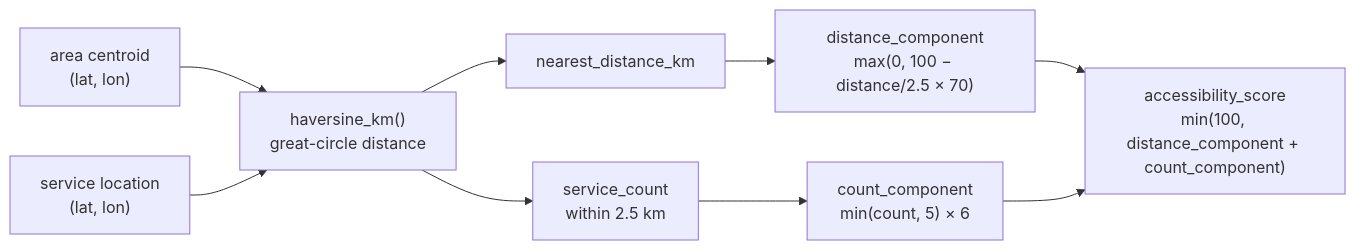
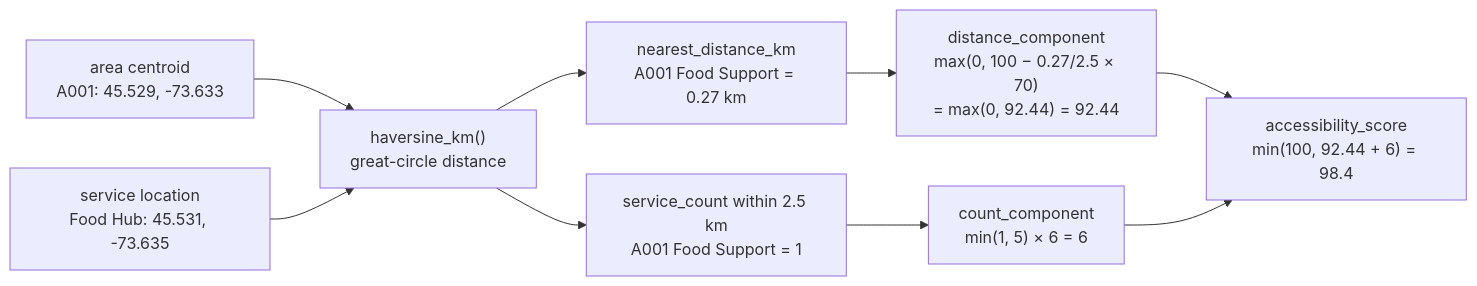
Before and after one commit to frondyff/comm_need_radar: the third of 8 diagrams in docs/scoring-metrics-guide.md, drawn with Mermaid. The commit also changed other lines of this file and 5 other files, not shown here.

````diff
--- a/docs/scoring-metrics-guide.md
+++ b/docs/scoring-metrics-guide.md
@@ -93,12 +139,12 @@
 ```mermaid
 flowchart LR
-    A["area centroid\n(lat, lon)"] --> HAV["haversine_km()\ngreat-circle distance"]
-    S["service location\n(lat, lon)"] --> HAV
-    HAV --> D["nearest_distance_km"]
-    HAV --> C["service_count\nwithin 2.5 km"]
+    A["area centroid\nA001: 45.529, -73.633"] --> HAV["haversine_km()\ngreat-circle distance"]
+    S["service location\nFood Hub: 45.531, -73.635"] --> HAV
+    HAV --> D["nearest_distance_km\nA001 Food Support = 0.27 km"]
+    HAV --> C["service_count within 2.5 km\nA001 Food Support = 1"]
 
-    D --> DC["distance_component\nmax(0, 100 − distance/2.5 × 70)"]
-    C --> CC["count_component\nmin(count, 5) × 6"]
-    DC --> AS["accessibility_score\nmin(100, distance_component + count_component)"]
+    D --> DC["distance_component\nmax(0, 100 − 0.27/2.5 × 70)\n= max(0, 92.44) = 92.44"]
+    C --> CC["count_component\nmin(1, 5) × 6 = 6"]
+    DC --> AS["accessibility_score\nmin(100, 92.44 + 6) = 98.4"]
     CC --> AS
 ```
````
